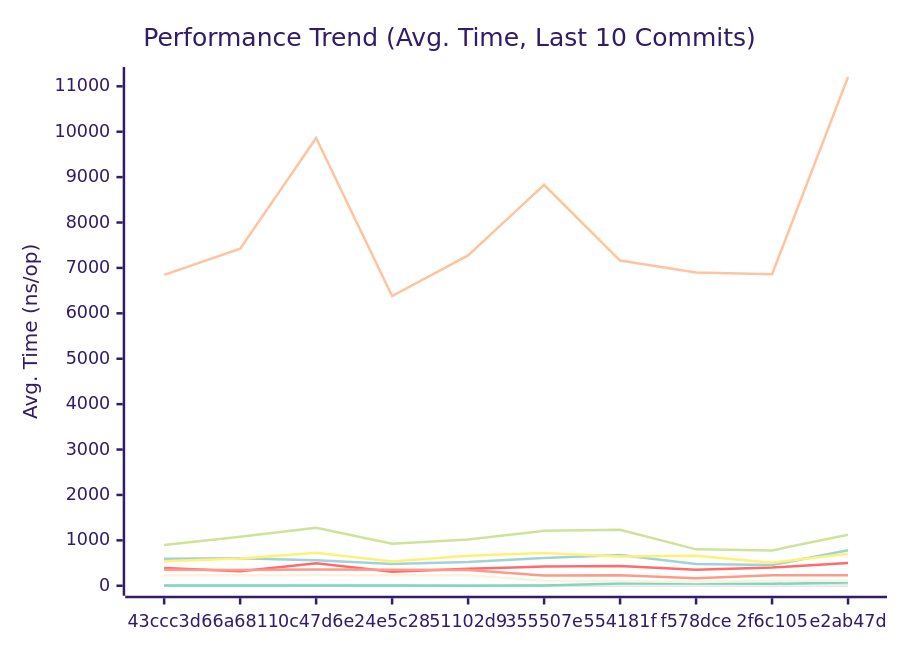
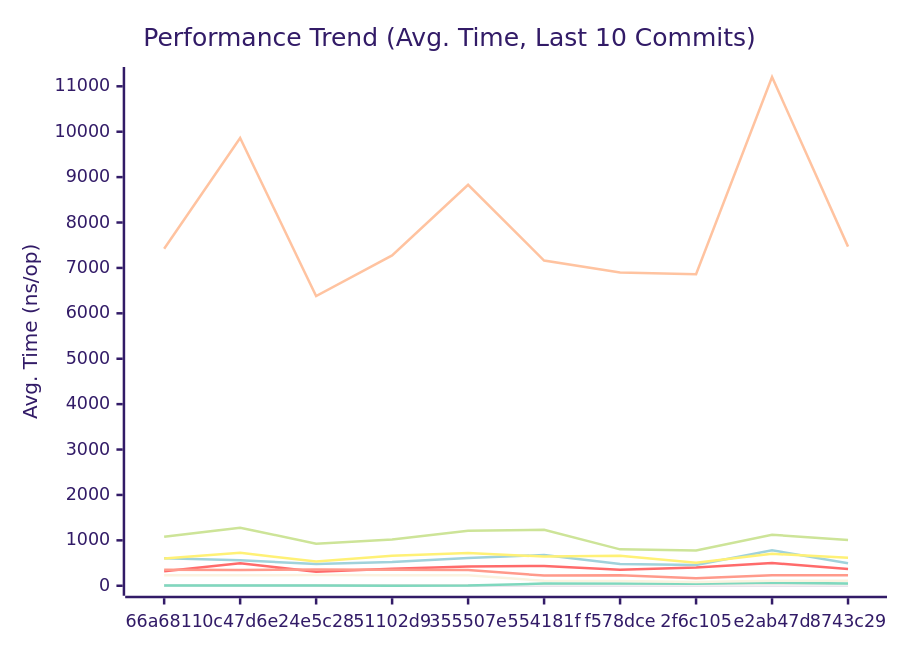
The first of 3 diagrams in docs/PERFORMANCE.md (alsotoes/momo), drawn with Mermaid (forest theme) before and after one commit. The commit also changed other lines of this file and 2 other files, not shown here.

Commit message:
ci: ignore noisy SanitizeLog micro-benchmark in benchstat gate

````diff
--- a/docs/PERFORMANCE.md
+++ b/docs/PERFORMANCE.md
@@ -130,18 +128,18 @@
 ```mermaid
 xychart-beta
     title "Performance Trend (Avg. Time, Last 10 Commits)"
     x-axis "Commit"
     y-axis "Avg. Time (ns/op)"
-    x-axis [43ccc3d,66a6811,0c47d6e,24e5c28,51102d9,355507e,554181f,f578dce,2f6c105,e2ab47d]
-    line "CheckMetricsAndSwap" [11,13,13,9,12,13,13,10,9,11]
-    line "CrushOptimized" [390,319,494,306,375,422,435,352,402,502]
-    line "CrushOriginal" [595,606,560,480,523,612,676,481,456,783]
-    line "IndexDirectTracking" [0,0,1,0,0,1,1,0,0,0]
-    line "IndexSearch" [3,3,4,3,4,3,4,3,3,3]
-    line "LoadGlobalConfig" [6847,7422,9861,6379,7276,8830,7163,6898,6860,11205]
-    line "PadString" [3,3,3,3,2,3,48,47,43,69]
+    x-axis [66a6811,0c47d6e,24e5c28,51102d9,355507e,554181f,f578dce,2f6c105,e2ab47d,8743c29]
+    line "CheckMetricsAndSwap" [13,13,9,12,13,13,10,9,11,10]
+    line "CrushOptimized" [319,494,306,375,422,435,352,402,502,370]
+    line "CrushOriginal" [606,560,480,523,612,676,481,456,783,495]
+    line "IndexDirectTracking" [0,1,0,0,1,1,0,0,0,0]
+    line "IndexSearch" [3,4,3,4,3,4,3,3,3,3]
+    line "LoadGlobalConfig" [7422,9861,6379,7276,8830,7163,6898,6860,11205,7469]
+    line "PadString" [3,3,3,2,3,48,47,43,69,49]
     line "ParseReplicationOrder_NoPrealloc" [350,349,357,354,345,225,229,165,232,234]
     line "ParseReplicationOrder_Prealloc" [229,231,237,234,229,108,107,80,110,109]
-    line "SanitizeLog/Safe" [538,598,725,535,663,724,642,658,507,704]
-    line "SanitizeLog/Unsafe" [899,1078,1279,926,1017,1209,1232,802,779,1122]
+    line "SanitizeLog/Safe" [598,725,535,663,724,642,658,507,704,615]
+    line "SanitizeLog/Unsafe" [1078,1279,926,1017,1209,1232,802,779,1122,1010]
 ```
````
